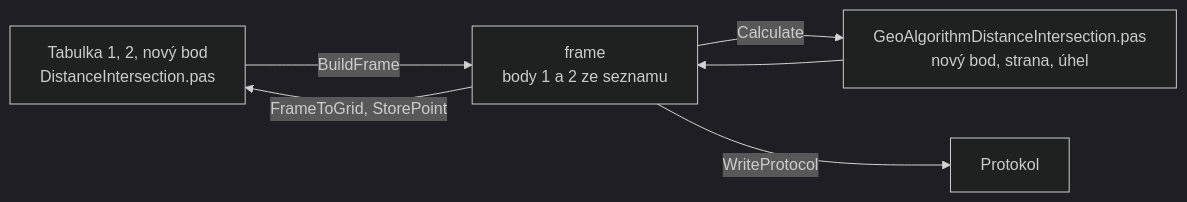
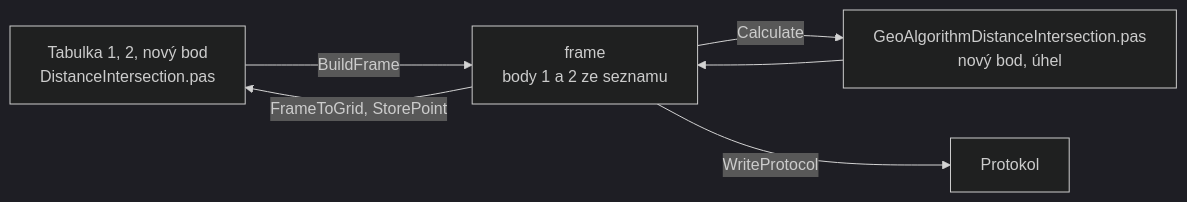
Before and after one commit to kovarmi9/GeoSoft: the diagram in docs/vypocty/protinani-z-delek.md, drawn with Mermaid (dark theme). The commit also changed other lines of this file and 20 other files, not shown here.

````diff
--- a/docs/vypocty/protinani-z-delek.md
+++ b/docs/vypocty/protinani-z-delek.md
@@ -26,8 +26,8 @@
 ```mermaid
 flowchart LR
   T["Tabulka 1, 2, nový bod<br>DistanceIntersection.pas"] -->|BuildFrame| F["frame<br>body 1 a 2 ze seznamu"]
-  F -->|Calculate| A["GeoAlgorithmDistanceIntersection.pas<br>nový bod, strana, úhel"]
+  F -->|Calculate| A["GeoAlgorithmDistanceIntersection.pas<br>nový bod, úhel"]
   A --> F
   F -->|"FrameToGrid, StorePoint"| T
   F -->|WriteProtocol| P["Protokol"]
 ```
````
